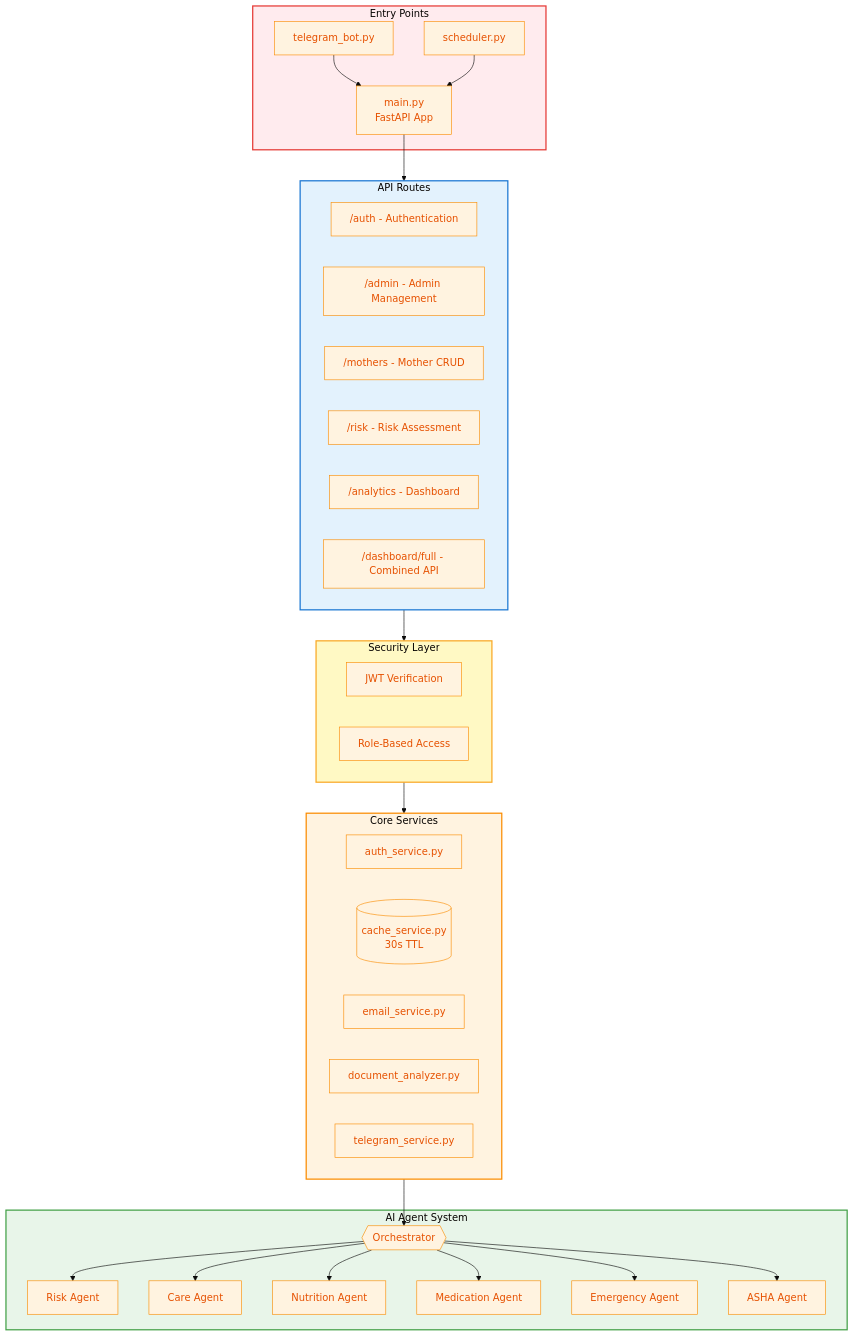
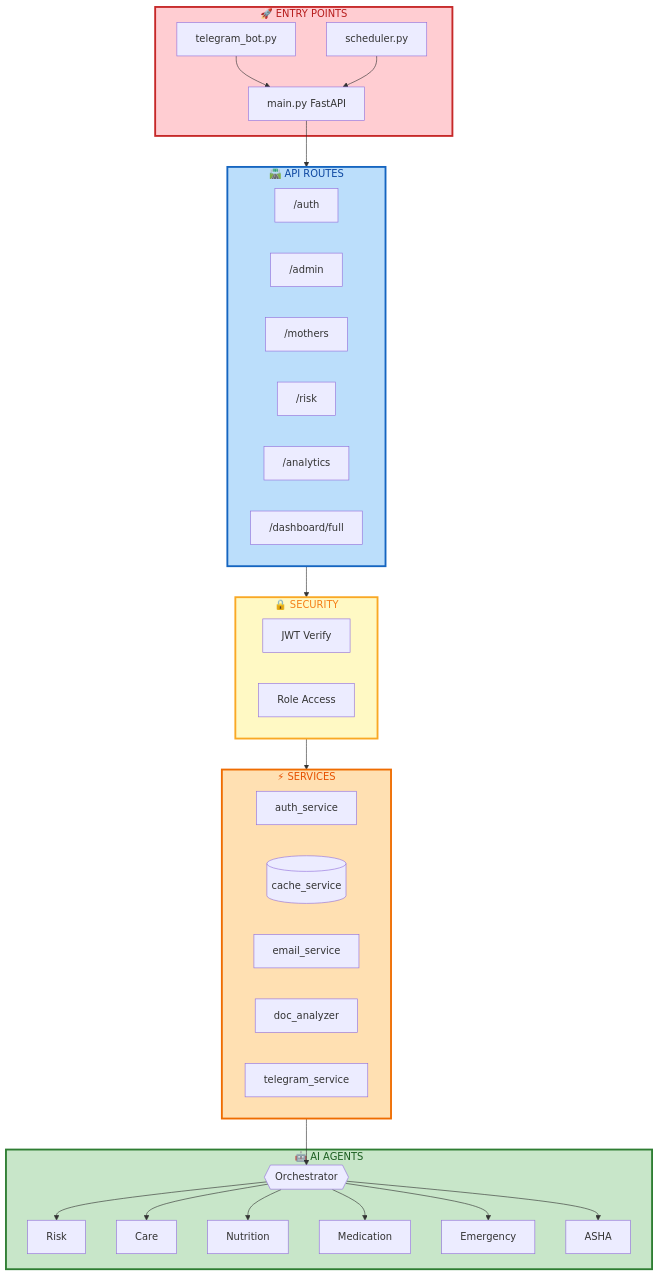
Before and after one commit to AIUtsavBot/MatruRaksha_AI_Event: the third of 8 diagrams in README.md, drawn with Mermaid. The commit also changed other lines of this file, not shown here.

````diff
--- a/README.md
+++ b/README.md
@@ -228,56 +224,55 @@
 ```mermaid
-%%{init: {'theme': 'base', 'themeVariables': { 'primaryColor': '#FFF3E0', 'primaryTextColor': '#E65100', 'primaryBorderColor': '#FB8C00'}}}%%
 flowchart TB
-    subgraph ENTRY[" Entry Points "]
-        Main["main.py\nFastAPI App"]
+    subgraph ENTRY[" 🚀 ENTRY POINTS "]
+        Main["main.py FastAPI"]
         Bot["telegram_bot.py"]
         Sched["scheduler.py"]
     end
 
-    subgraph ROUTES[" API Routes "]
-        R1["/auth - Authentication"]
-        R2["/admin - Admin Management"]
-        R3["/mothers - Mother CRUD"]
-        R4["/risk - Risk Assessment"]
-        R5["/analytics - Dashboard"]
-        R6["/dashboard/full - Combined API"]
+    subgraph ROUTES[" 🛣️ API ROUTES "]
+        R1["/auth"]
+        R2["/admin"]
+        R3["/mothers"]
+        R4["/risk"]
+        R5["/analytics"]
+        R6["/dashboard/full"]
     end
 
-    subgraph MIDDLEWARE[" Security Layer "]
-        JWT["JWT Verification"]
-        RBAC["Role-Based Access"]
+    subgraph MIDDLEWARE[" 🔒 SECURITY "]
+        JWT["JWT Verify"]
+        RBAC["Role Access"]
     end
 
-    subgraph SVCS[" Core Services "]
-        AuthS["auth_service.py"]
-        CacheS[("cache_service.py\n30s TTL")]
-        EmailS["email_service.py"]
-        DocS["document_analyzer.py"]
-        TgS["telegram_service.py"]
+    subgraph SVCS[" ⚡ SERVICES "]
+        AuthS["auth_service"]
+        CacheS[("cache_service")]
+        EmailS["email_service"]
+        DocS["doc_analyzer"]
+        TgS["telegram_service"]
     end
 
-    subgraph AGENTS[" AI Agent System "]
+    subgraph AGENTS[" 🤖 AI AGENTS "]
         Orch{{"Orchestrator"}}
-        A1["Risk Agent"]
-        A2["Care Agent"]
-        A3["Nutrition Agent"]
-        A4["Medication Agent"]
-        A5["Emergency Agent"]
-        A6["ASHA Agent"]
+        A1["Risk"]
+        A2["Care"]
+        A3["Nutrition"]
+        A4["Medication"]
+        A5["Emergency"]
+        A6["ASHA"]
     end
 
     Main --> ROUTES
     Bot --> Main
     Sched --> Main
     ROUTES --> MIDDLEWARE
     MIDDLEWARE --> SVCS
     SVCS --> Orch
     Orch --> A1 & A2 & A3
     Orch --> A4 & A5 & A6
 
-    style ENTRY fill:#FFEBEE,stroke:#E53935,stroke-width:2px
-    style ROUTES fill:#E3F2FD,stroke:#1976D2,stroke-width:2px
-    style MIDDLEWARE fill:#FFF9C4,stroke:#F9A825,stroke-width:2px
-    style SVCS fill:#FFF3E0,stroke:#FB8C00,stroke-width:2px
-    style AGENTS fill:#E8F5E9,stroke:#43A047,stroke-width:2px
+    style ENTRY fill:#ffcdd2,stroke:#c62828,stroke-width:3px,color:#b71c1c
+    style ROUTES fill:#bbdefb,stroke:#1565c0,stroke-width:3px,color:#0d47a1
+    style MIDDLEWARE fill:#fff9c4,stroke:#f9a825,stroke-width:3px,color:#f57f17
+    style SVCS fill:#ffe0b2,stroke:#ef6c00,stroke-width:3px,color:#e65100
+    style AGENTS fill:#c8e6c9,stroke:#2e7d32,stroke-width:3px,color:#1b5e20
 ```
````
